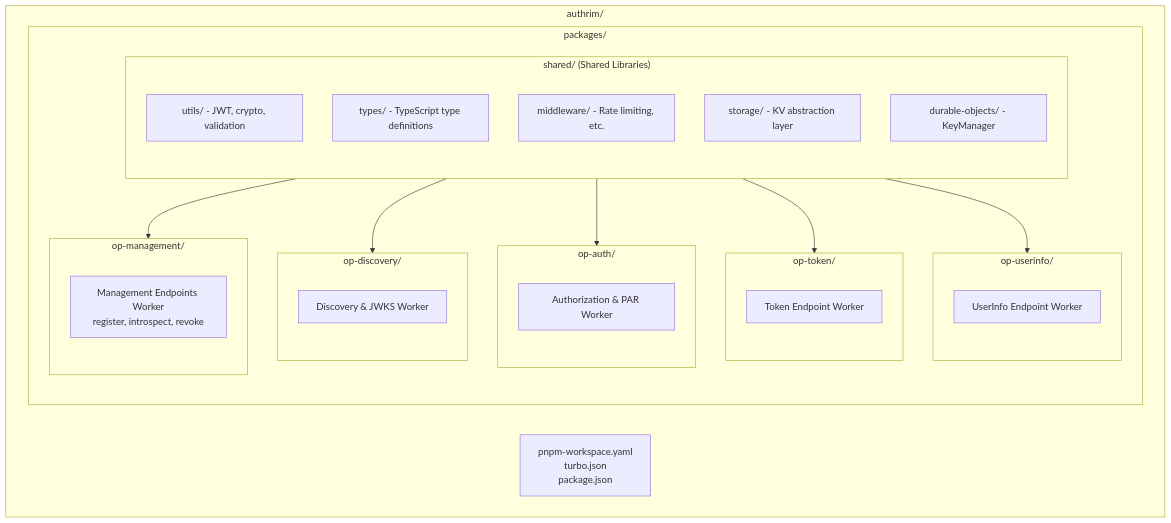
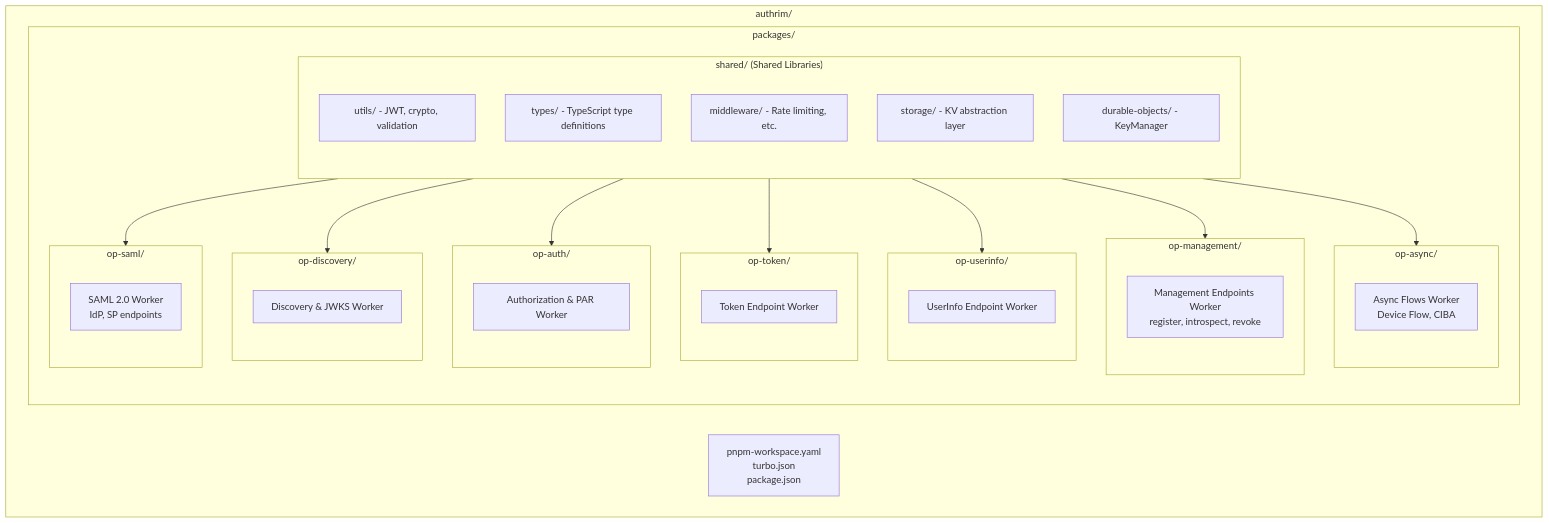
The first of 2 diagrams in docs/architecture/workers.md (fossabot/authrim), drawn with Mermaid before and after one commit. The commit also changed other lines of this file and 40 other files, not shown here.

````diff
--- a/docs/architecture/workers.md
+++ b/docs/architecture/workers.md
@@ -7,42 +7,52 @@
 ```mermaid
 graph TB
     subgraph Root["authrim/"]
         subgraph Packages["packages/"]
             subgraph Shared["shared/ (Shared Libraries)"]
                 S_Utils["utils/ - JWT, crypto, validation"]
                 S_Types["types/ - TypeScript type definitions"]
                 S_MW["middleware/ - Rate limiting, etc."]
                 S_Storage["storage/ - KV abstraction layer"]
                 S_DO["durable-objects/ - KeyManager"]
             end
 
             subgraph Discovery["op-discovery/"]
                 D_Desc["Discovery & JWKS Worker"]
             end
 
             subgraph Auth["op-auth/"]
                 A_Desc["Authorization & PAR Worker"]
             end
 
             subgraph Token["op-token/"]
                 T_Desc["Token Endpoint Worker"]
             end
 
             subgraph UserInfo["op-userinfo/"]
                 U_Desc["UserInfo Endpoint Worker"]
             end
 
             subgraph Management["op-management/"]
                 M_Desc["Management Endpoints Worker<br/>register, introspect, revoke"]
             end
+
+            subgraph Async["op-async/"]
+                AS_Desc["Async Flows Worker<br/>Device Flow, CIBA"]
+            end
+
+            subgraph SAML["op-saml/"]
+                SAML_Desc["SAML 2.0 Worker<br/>IdP, SP endpoints"]
+            end
         end
 
         Config["pnpm-workspace.yaml<br/>turbo.json<br/>package.json"]
     end
 
     Shared --> Discovery
     Shared --> Auth
     Shared --> Token
     Shared --> UserInfo
     Shared --> Management
+    Shared --> Async
+    Shared --> SAML
 ```
````
